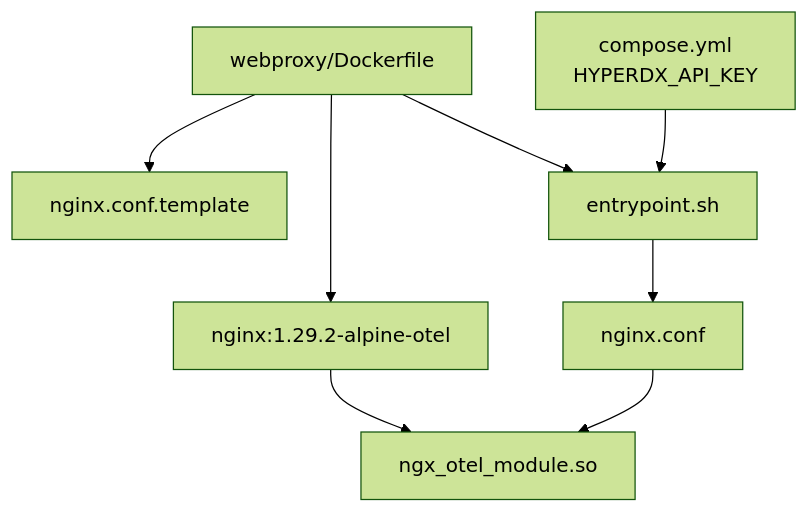
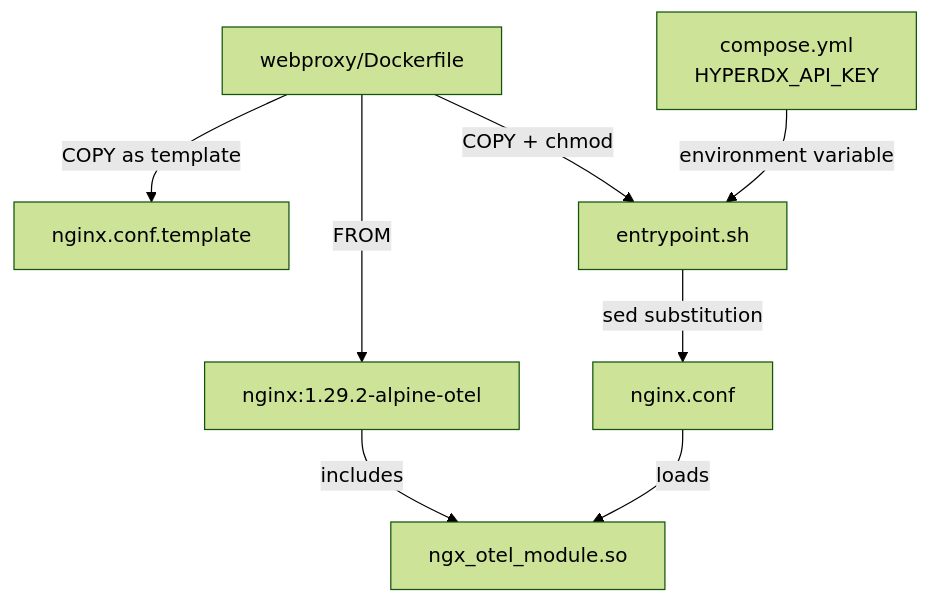
One commit to philipz/spring-modular-monolith changed the third of 5 diagrams in docs/deepwiki/Nginx-Reverse-Proxy.md. Above: the diagram before and after it, drawn with Mermaid (forest theme). The commit also changed other lines of this file and 55 other files, not shown here.

````diff
--- a/docs/deepwiki/Nginx-Reverse-Proxy.md
+++ b/docs/deepwiki/Nginx-Reverse-Proxy.md
@@ -148,19 +148,19 @@
 ```mermaid
 flowchart TD
 
 Dockerfile["webproxy/Dockerfile"]
 BaseImage["nginx:1.29.2-alpine-otel"]
 Template["nginx.conf.template"]
 Entrypoint["entrypoint.sh"]
 RuntimeConfig["nginx.conf"]
 ComposeEnv["compose.yml<br>HYPERDX_API_KEY"]
 OTelModule["ngx_otel_module.so"]
 
-Dockerfile --> BaseImage
-Dockerfile --> Template
-Dockerfile --> Entrypoint
-Entrypoint --> RuntimeConfig
-ComposeEnv --> Entrypoint
-BaseImage --> OTelModule
-RuntimeConfig --> OTelModule
+Dockerfile -->|"FROM"| BaseImage
+Dockerfile -->|"COPY as template"| Template
+Dockerfile -->|"COPY + chmod"| Entrypoint
+Entrypoint -->|"sed substitution"| RuntimeConfig
+ComposeEnv -->|"environment variable"| Entrypoint
+BaseImage -->|"includes"| OTelModule
+RuntimeConfig -->|"loads"| OTelModule
 ```
````
